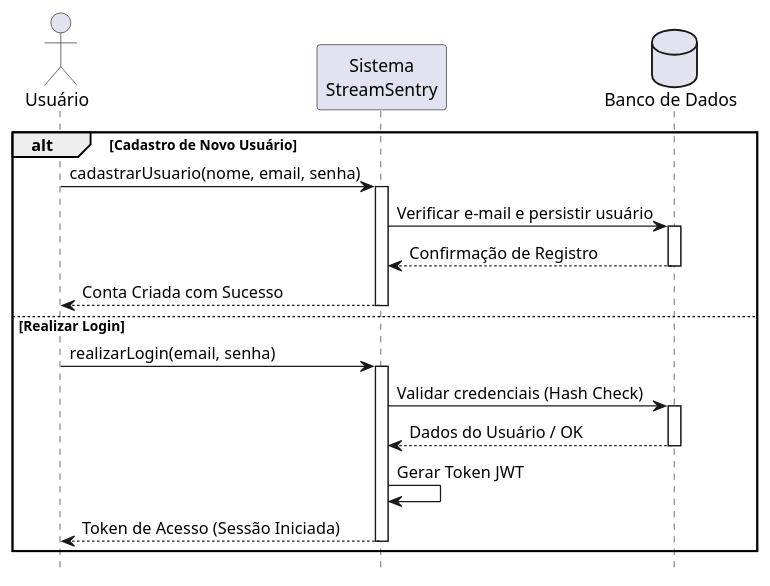
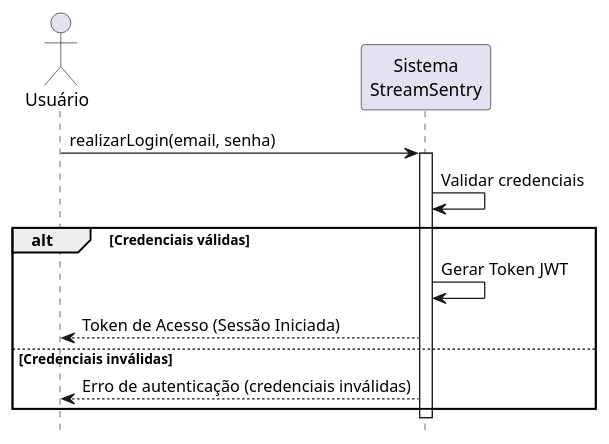
One commit to ICEI-PUC-Minas-PPLES-TI/plf-es-2025-2-tcci-0393100-dev-rafael-parreira changed the diagram in Artefatos/DSSAutenticacaoERegistro.puml. Above: the diagram before and after it, drawn with PlantUML. The commit also changed 8 other files, not shown here.

```diff
--- a/Artefatos/DSSAutenticacaoERegistro.puml
+++ b/Artefatos/DSSAutenticacaoERegistro.puml
@@ -1,29 +1,19 @@
 @startuml
 hide footbox
 skinparam ParticipantPadding 20
 
 actor "Usuário" as User
 participant "Sistema\nStreamSentry" as Sistema
-database "Banco de Dados" as DB
 
-alt Cadastro de Novo Usuário
-    User -> Sistema: cadastrarUsuario(nome, email, senha)
-    activate Sistema
-    Sistema -> DB: Verificar e-mail e persistir usuário
-    activate DB
-    DB --> Sistema: Confirmação de Registro
-    deactivate DB
-    Sistema --> User: Conta Criada com Sucesso
-    deactivate Sistema
-else Realizar Login
-    User -> Sistema: realizarLogin(email, senha)
-    activate Sistema
-    Sistema -> DB: Validar credenciais (Hash Check)
-    activate DB
-    DB --> Sistema: Dados do Usuário / OK
-    deactivate DB
+User -> Sistema: realizarLogin(email, senha)
+activate Sistema
+Sistema -> Sistema: Validar credenciais
+
+alt Credenciais válidas
     Sistema -> Sistema: Gerar Token JWT
     Sistema --> User: Token de Acesso (Sessão Iniciada)
-    deactivate Sistema
+else Credenciais inválidas
+    Sistema --> User: Erro de autenticação (credenciais inválidas)
 end
+deactivate Sistema
 @enduml
```
